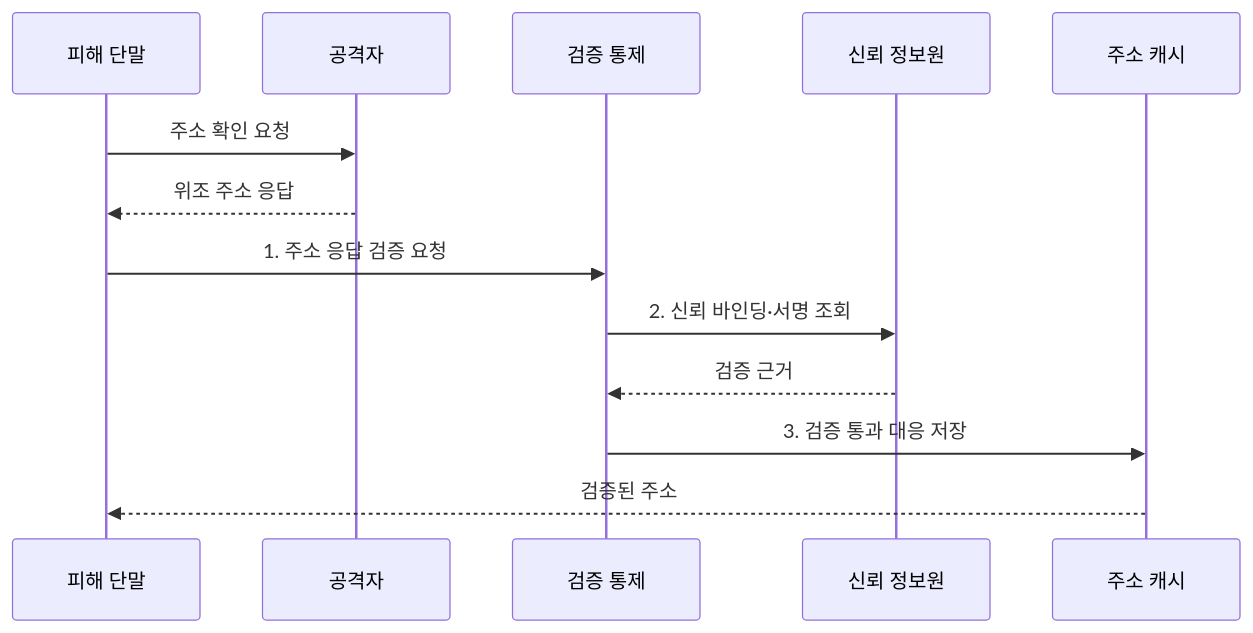
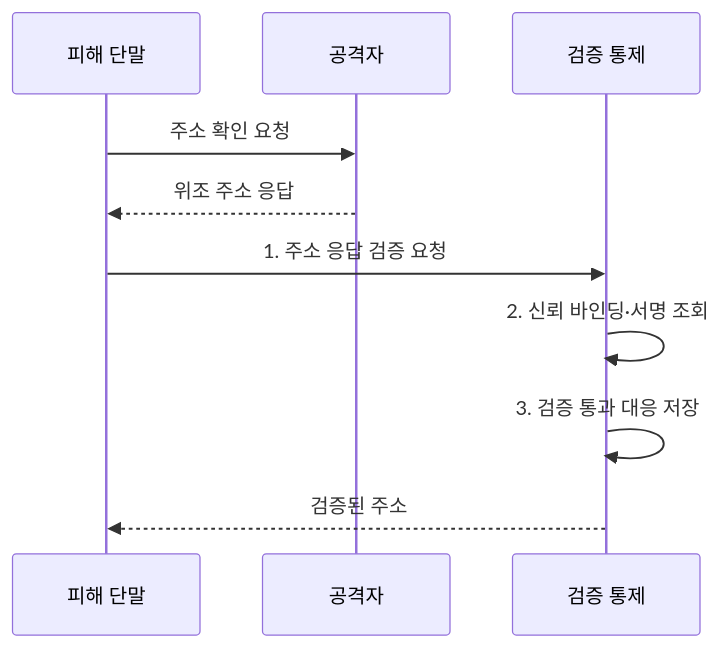
One commit to agnusdei1207/knowledge-base changed the second of 2 diagrams in src/content/docs/notes/05-security/024_network_spoofing.md. Above: the diagram before and after it, drawn with Mermaid. The commit also changed 8 other files, not shown here.

Commit message:
Simplify security operations sequences

````diff
--- a/src/content/docs/notes/05-security/024_network_spoofing.md
+++ b/src/content/docs/notes/05-security/024_network_spoofing.md
@@ -103,15 +103,12 @@
 ```mermaid
 sequenceDiagram
     participant V as 피해 단말
     participant A as 공격자
     participant G as 검증 통제
-    participant T as 신뢰 정보원
-    participant C as 주소 캐시
     V->>A: 주소 확인 요청
     A-->>V: 위조 주소 응답
     V->>G: 1. 주소 응답 검증 요청
-    G->>T: 2. 신뢰 바인딩·서명 조회
-    T-->>G: 검증 근거
-    G->>C: 3. 검증 통과 대응 저장
-    C-->>V: 검증된 주소
+    G->>G: 2. 신뢰 바인딩·서명 조회
+    G->>G: 3. 검증 통과 대응 저장
+    G-->>V: 검증된 주소
 ```
````
